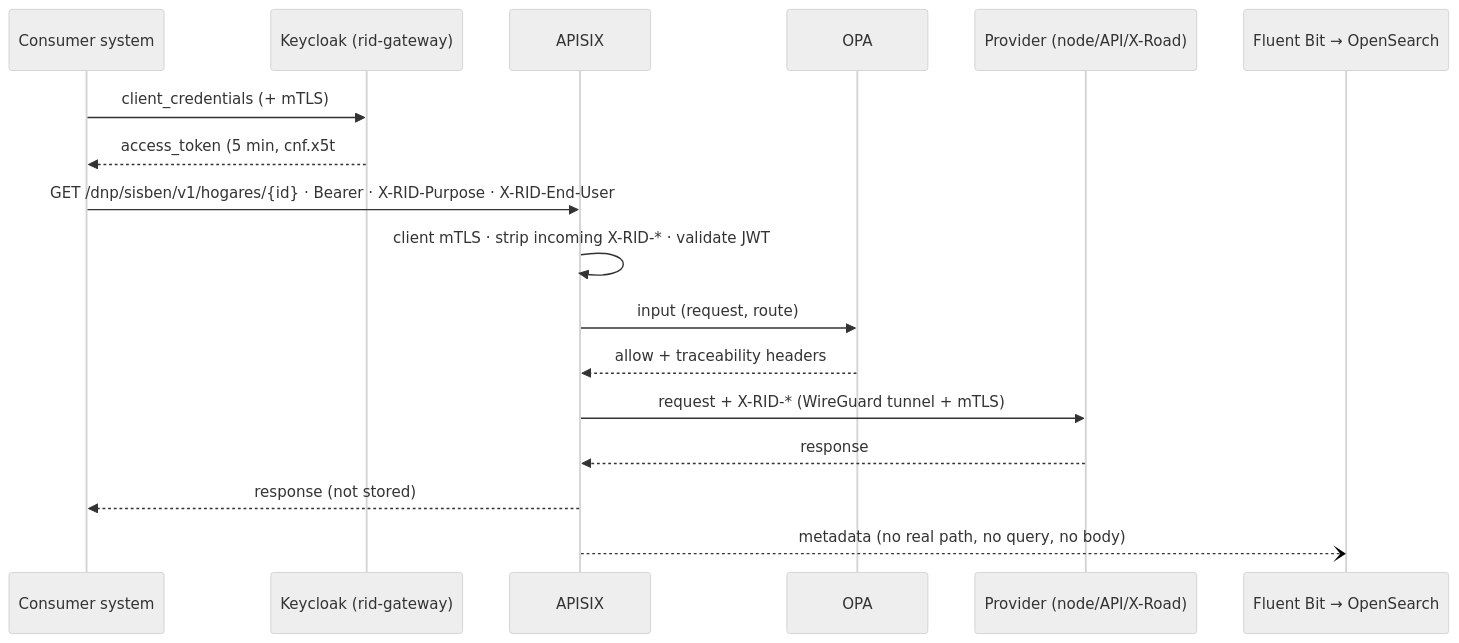
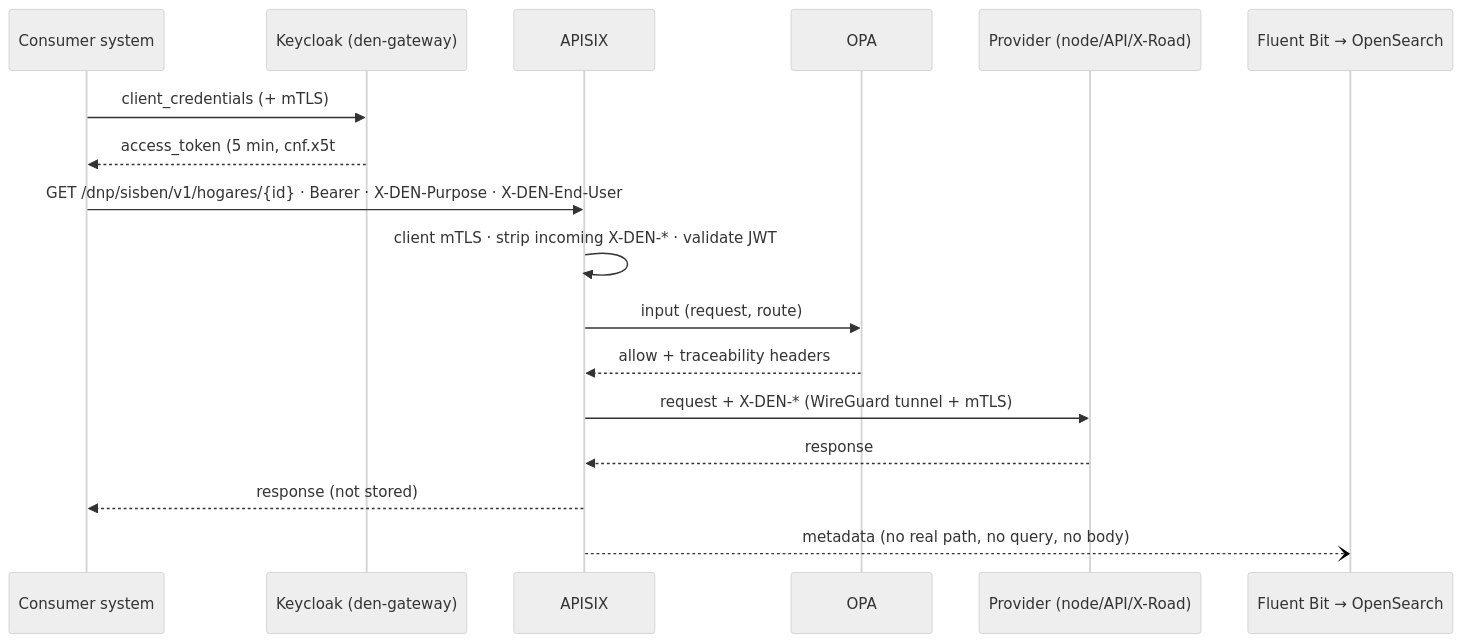
One commit to centre-for-dpi/data-exchange-admin-portal changed the second of 2 diagrams in docs/ARCHITECTURE.md. Above: the diagram before and after it, drawn with Mermaid (neutral theme). The commit also changed other lines of this file and 541 other files, not shown here.

````diff
--- a/docs/ARCHITECTURE.md
+++ b/docs/ARCHITECTURE.md
@@ -276,19 +276,19 @@
 ```mermaid
 sequenceDiagram
   participant C as Consumer system
-  participant KC as Keycloak (rid-gateway)
+  participant KC as Keycloak (den-gateway)
   participant GW as APISIX
   participant OPA as OPA
   participant P as Provider (node/API/X-Road)
   participant FB as Fluent Bit → OpenSearch
   C->>KC: client_credentials (+ mTLS)
   KC-->>C: access_token (5 min, cnf.x5t#S256)
-  C->>GW: GET /dnp/sisben/v1/hogares/{id} · Bearer · X-RID-Purpose · X-RID-End-User
-  GW->>GW: client mTLS · strip incoming X-RID-* · validate JWT
+  C->>GW: GET /dnp/sisben/v1/hogares/{id} · Bearer · X-DEN-Purpose · X-DEN-End-User
+  GW->>GW: client mTLS · strip incoming X-DEN-* · validate JWT
   GW->>OPA: input (request, route)
   OPA-->>GW: allow + traceability headers
-  GW->>P: request + X-RID-* (WireGuard tunnel + mTLS)
+  GW->>P: request + X-DEN-* (WireGuard tunnel + mTLS)
   P-->>GW: response
   GW-->>C: response (not stored)
   GW--)FB: metadata (no real path, no query, no body)
 ```
````
